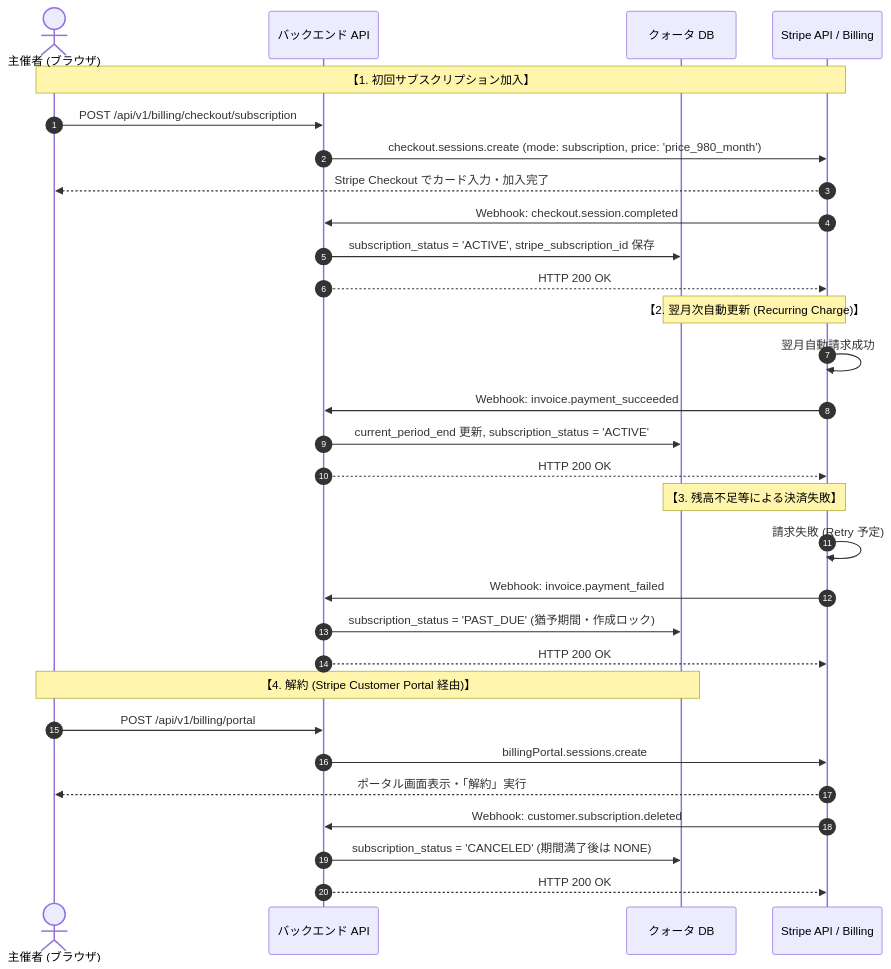
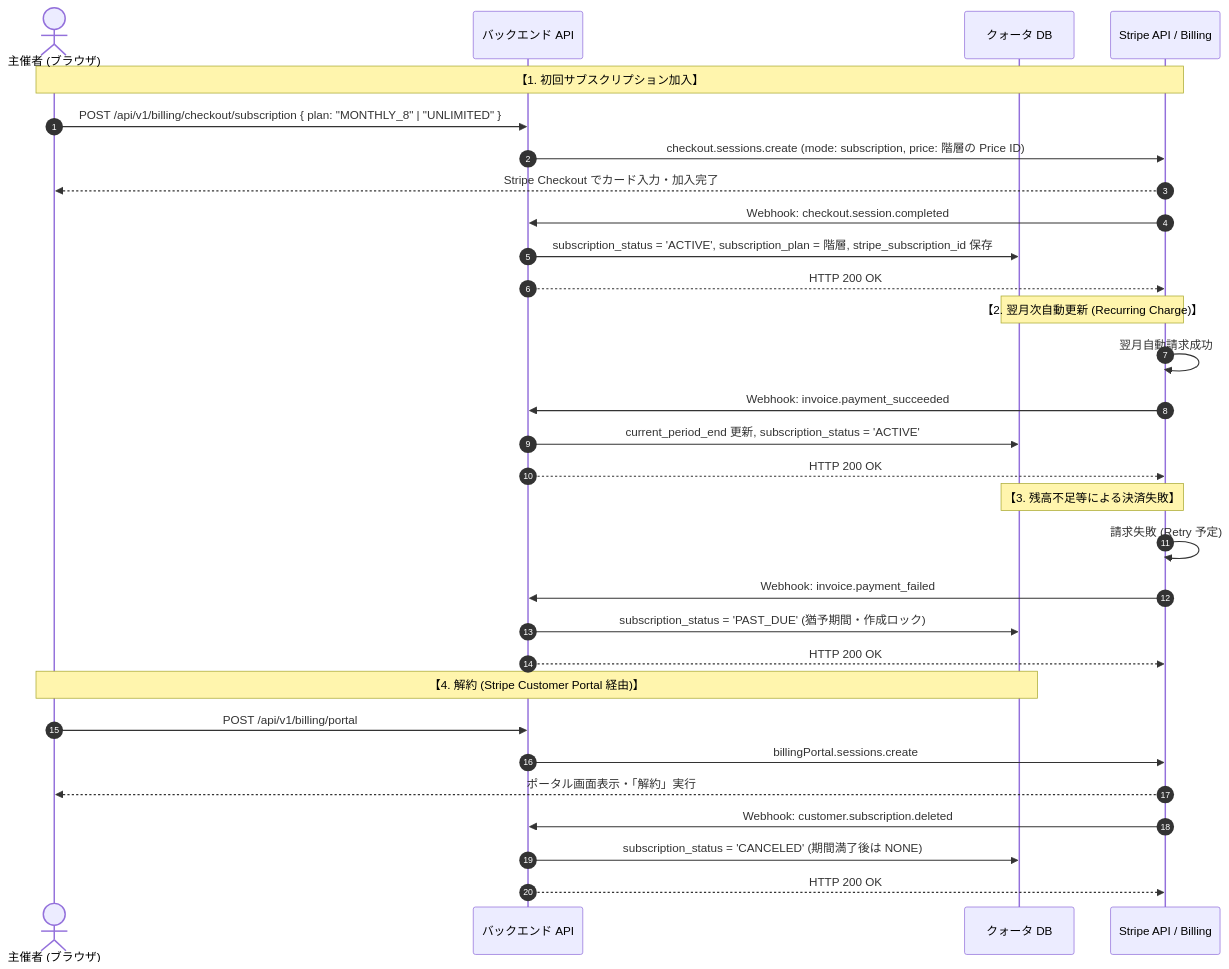
Before and after one commit to HirofumiSato/EventKreater: the third of 4 diagrams in docs/billing_and_quota_system_requirements.md, drawn with Mermaid. The commit also changed other lines of this file and 42 other files, not shown here.

````diff
--- a/docs/billing_and_quota_system_requirements.md
+++ b/docs/billing_and_quota_system_requirements.md
@@ -120,32 +124,32 @@
 ```mermaid
 sequenceDiagram
     autonumber
     actor Organizer as 主催者 (ブラウザ)
     participant BE as バックエンド API
     participant DB as クォータ DB
     participant Stripe as Stripe API / Billing
     Note over Organizer, Stripe: 【1. 初回サブスクリプション加入】
-    Organizer->>BE: POST /api/v1/billing/checkout/subscription
-    BE->>Stripe: checkout.sessions.create (mode: subscription, price: 'price_980_month')
+    Organizer->>BE: POST /api/v1/billing/checkout/subscription { plan: "MONTHLY_8" | "UNLIMITED" }
+    BE->>Stripe: checkout.sessions.create (mode: subscription, price: 階層の Price ID)
     Stripe-->>Organizer: Stripe Checkout でカード入力・加入完了
     Stripe->>BE: Webhook: checkout.session.completed
-    BE->>DB: subscription_status = 'ACTIVE', stripe_subscription_id 保存
+    BE->>DB: subscription_status = 'ACTIVE', subscription_plan = 階層, stripe_subscription_id 保存
     BE-->>Stripe: HTTP 200 OK
     Note over Stripe, DB: 【2. 翌月次自動更新 (Recurring Charge)】
     Stripe->>Stripe: 翌月自動請求成功
     Stripe->>BE: Webhook: invoice.payment_succeeded
     BE->>DB: current_period_end 更新, subscription_status = 'ACTIVE'
     BE-->>Stripe: HTTP 200 OK
     Note over Stripe, DB: 【3. 残高不足等による決済失敗】
     Stripe->>Stripe: 請求失敗 (Retry 予定)
     Stripe->>BE: Webhook: invoice.payment_failed
     BE->>DB: subscription_status = 'PAST_DUE' (猶予期間・作成ロック)
     BE-->>Stripe: HTTP 200 OK
     Note over Organizer, DB: 【4. 解約 (Stripe Customer Portal 経由)】
     Organizer->>BE: POST /api/v1/billing/portal
     BE->>Stripe: billingPortal.sessions.create
     Stripe-->>Organizer: ポータル画面表示・「解約」実行
     Stripe->>BE: Webhook: customer.subscription.deleted
     BE->>DB: subscription_status = 'CANCELED' (期間満了後は NONE)
     BE-->>Stripe: HTTP 200 OK
 ```
````
